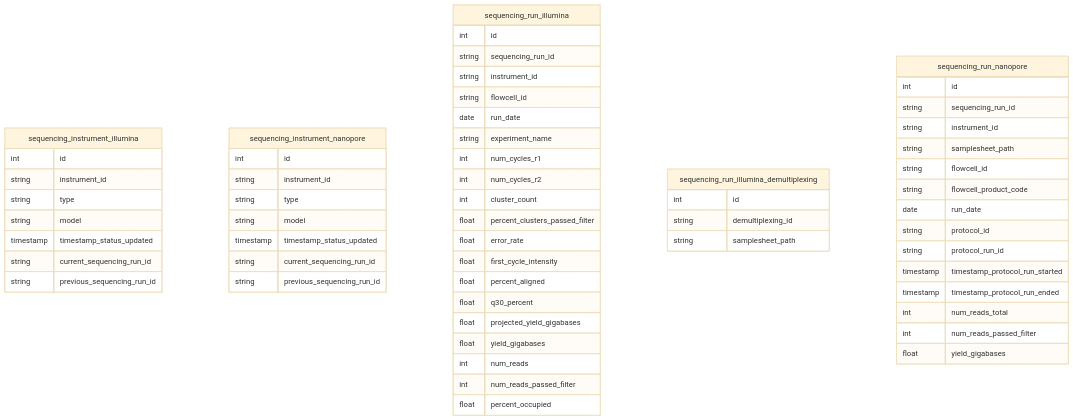
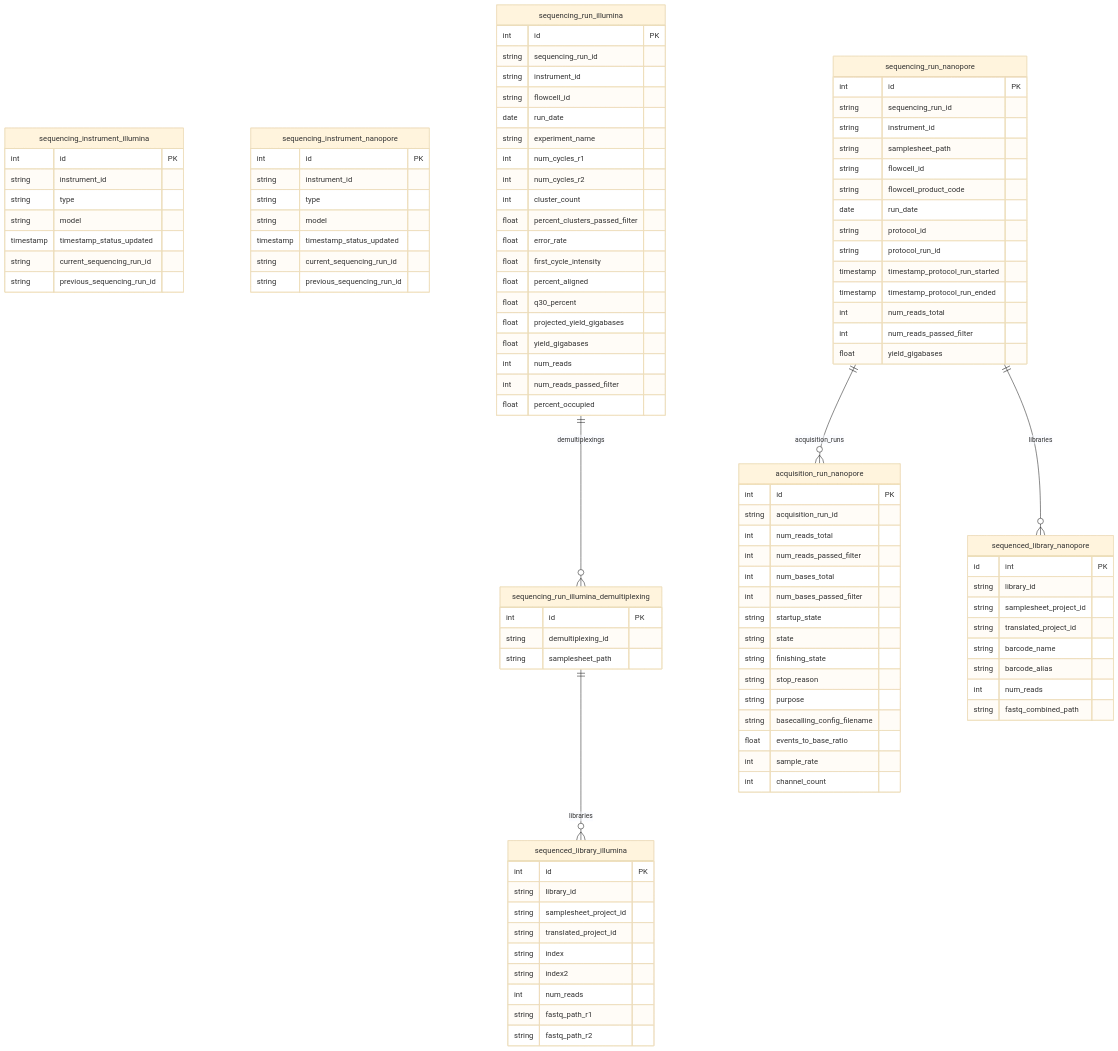
One commit to BCCDC-PHL/sequencing-runs-service changed the diagram in doc/entity_relationship_diagrams.md. Above: the diagram before and after it, drawn with Mermaid (base theme).

````diff
--- a/doc/entity_relationship_diagrams.md
+++ b/doc/entity_relationship_diagrams.md
@@ -3,7 +3,7 @@
 ```mermaid
 erDiagram
   sequencing_instrument_illumina {
-    int id
+    int id PK
     string instrument_id
     string type
     string model
@@ -13,7 +13,7 @@
   }
   
   sequencing_instrument_nanopore {
-    int id
+    int id PK
     string instrument_id
     string type
     string model
@@ -23,7 +23,7 @@
   }
   
   sequencing_run_illumina {
-    int id
+    int id PK
     string sequencing_run_id
     string instrument_id
     string flowcell_id
@@ -45,13 +45,25 @@
   }
   
   sequencing_run_illumina_demultiplexing {
-    int id
+    int id PK
     string demultiplexing_id
     string samplesheet_path
   }
   
+  sequenced_library_illumina {
+    int id PK
+    string library_id
+    string samplesheet_project_id
+    string translated_project_id
+    string index
+    string index2
+    int num_reads
+    string fastq_path_r1
+    string fastq_path_r2
+  }
+  
   sequencing_run_nanopore {
-    int id
+    int id PK
     string sequencing_run_id
     string instrument_id
     string samplesheet_path
@@ -66,4 +78,39 @@
     int num_reads_passed_filter
     float yield_gigabases
   }
+  
+  acquisition_run_nanopore {
+    int id PK
+    string acquisition_run_id
+    int num_reads_total
+    int num_reads_passed_filter
+    int num_bases_total
+    int num_bases_passed_filter
+    string startup_state
+    string state
+    string finishing_state
+    string stop_reason
+    string purpose
+    string basecalling_config_filename
+    float events_to_base_ratio
+    int sample_rate
+    int channel_count
+  }
+  
+  sequenced_library_nanopore {
+    id int PK
+    string library_id
+    string samplesheet_project_id
+    string translated_project_id
+    string barcode_name
+    string barcode_alias
+    int num_reads
+    string fastq_combined_path
+  }
+  
+  sequencing_run_illumina ||--o{ sequencing_run_illumina_demultiplexing : demultiplexings
+  sequencing_run_illumina_demultiplexing ||--o{ sequenced_library_illumina : libraries
+  
+  sequencing_run_nanopore ||--o{ acquisition_run_nanopore : acquisition_runs
+  sequencing_run_nanopore ||--o{ sequenced_library_nanopore : libraries
 ```
````
